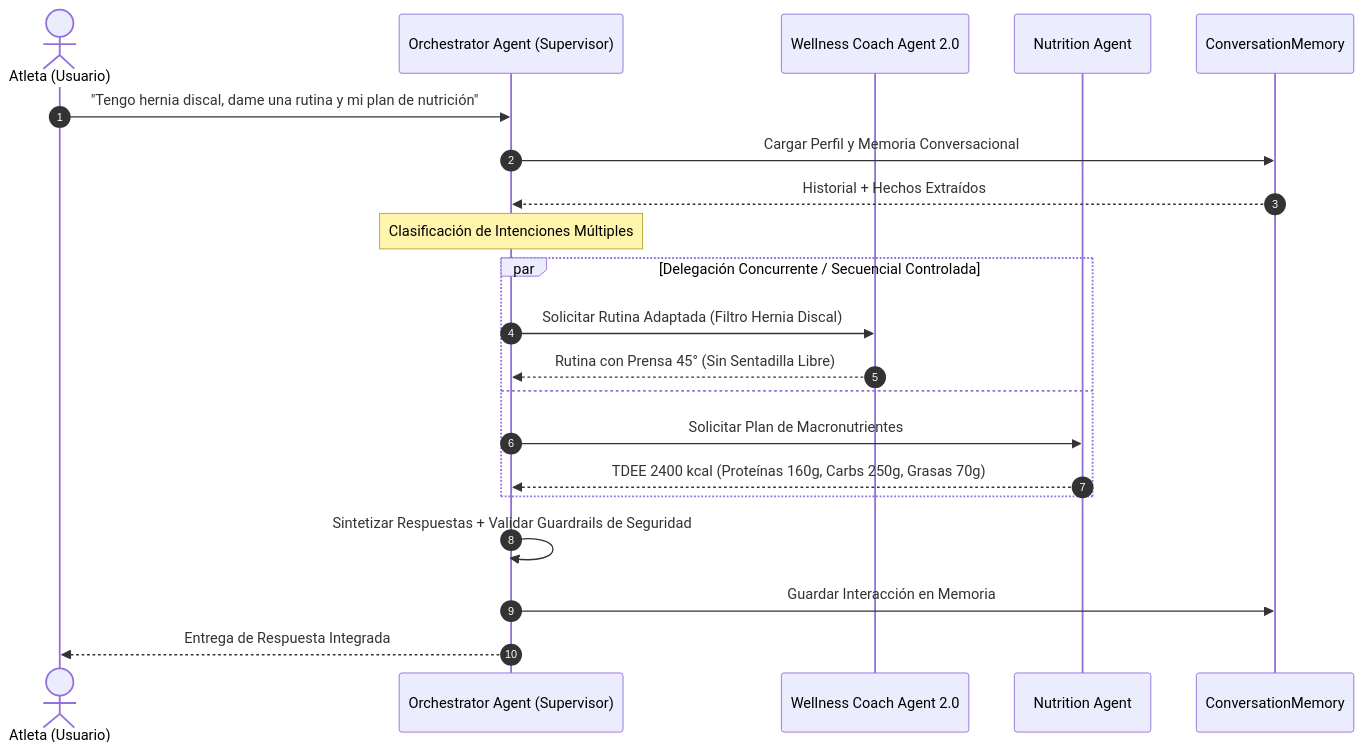
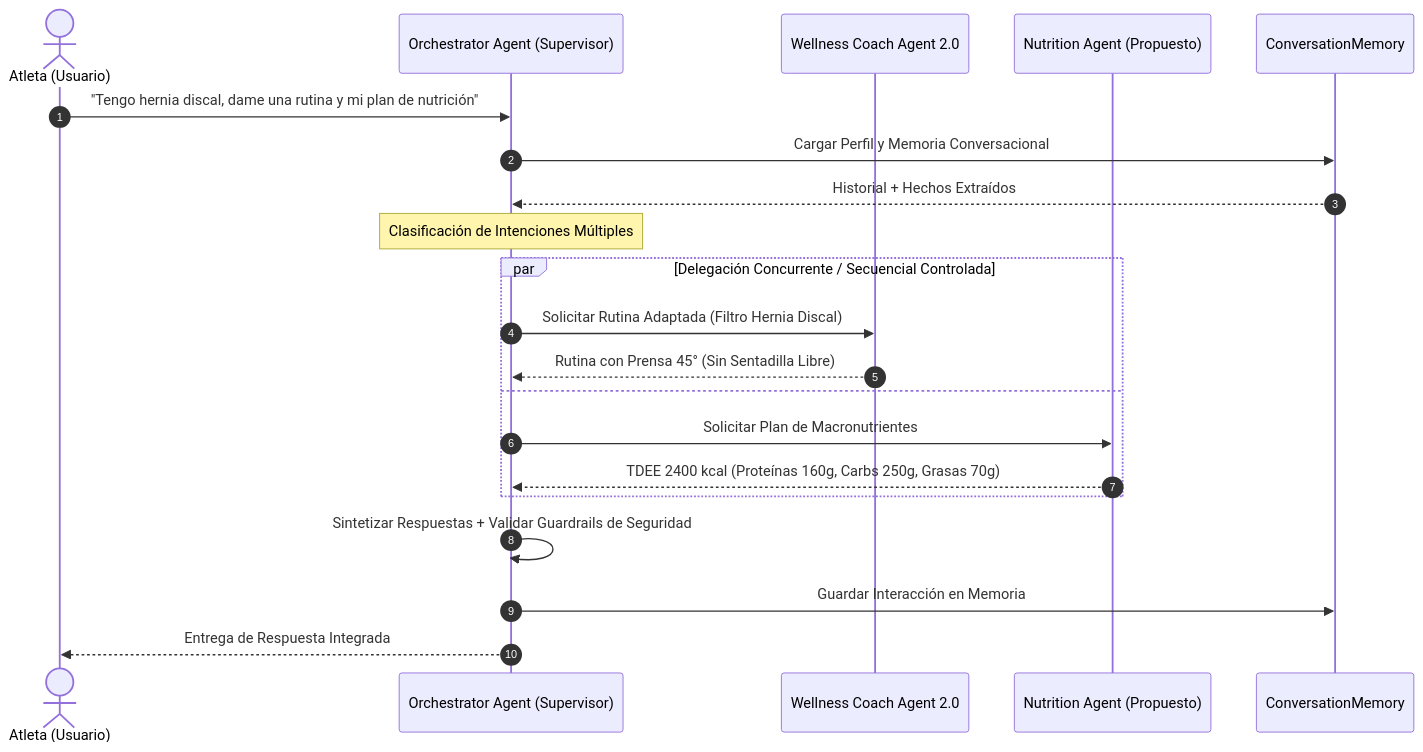
The second of 3 diagrams in docs/architecture/multiagent-architecture.md (YaskCode-laboratory/wellness-platform-team6), drawn with Mermaid before and after one commit. The commit also changed other lines of this file and 2 other files, not shown here.

````diff
--- a/docs/architecture/multiagent-architecture.md
+++ b/docs/architecture/multiagent-architecture.md
@@ -80,27 +100,27 @@
 ```mermaid
 sequenceDiagram
     autonumber
     actor Atleta as Atleta (Usuario)
     participant Supervisor as Orchestrator Agent (Supervisor)
     participant Coach as Wellness Coach Agent 2.0
-    participant Nutri as Nutrition Agent
+    participant Nutri as Nutrition Agent (Propuesto)
     participant Memory as ConversationMemory
 
     Atleta->>Supervisor: "Tengo hernia discal, dame una rutina y mi plan de nutrición"
     Supervisor->>Memory: Cargar Perfil y Memoria Conversacional
     Memory-->>Supervisor: Historial + Hechos Extraídos
 
     Note over Supervisor: Clasificación de Intenciones Múltiples
 
     par Delegación Concurrente / Secuencial Controlada
         Supervisor->>Coach: Solicitar Rutina Adaptada (Filtro Hernia Discal)
         Coach-->>Supervisor: Rutina con Prensa 45° (Sin Sentadilla Libre)
     and
         Supervisor->>Nutri: Solicitar Plan de Macronutrientes
         Nutri-->>Supervisor: TDEE 2400 kcal (Proteínas 160g, Carbs 250g, Grasas 70g)
     end
 
     Supervisor->>Supervisor: Sintetizar Respuestas + Validar Guardrails de Seguridad
     Supervisor->>Memory: Guardar Interacción en Memoria
     Supervisor-->>Atleta: Entrega de Respuesta Integrada
 ```
````
